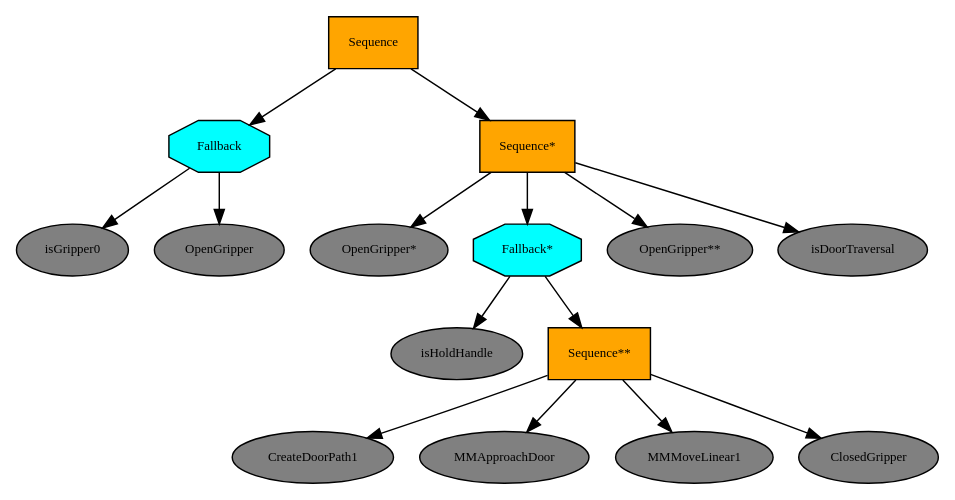
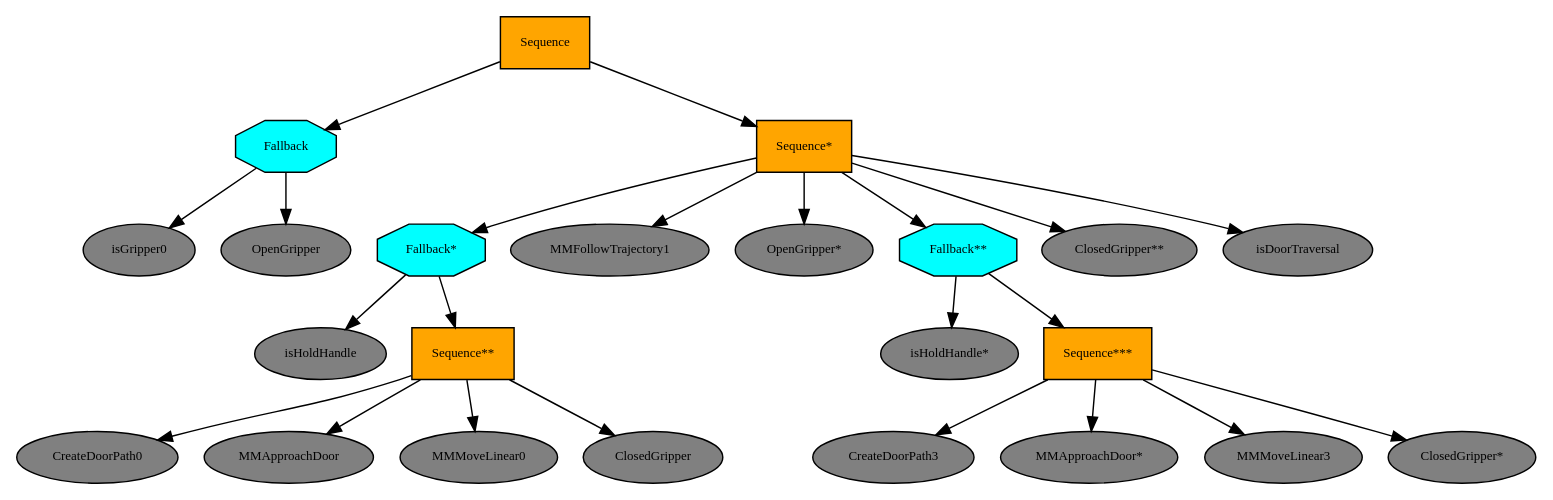
Before and after one commit to F-H-P/UsingRLtoConstructBT-SeniorThesis: the diagram in BT-RL_ws/sequence.dot, drawn with Graphviz. The commit also changed 10 other files, not shown here.

```diff
--- a/BT-RL_ws/sequence.dot
+++ b/BT-RL_ws/sequence.dot
@@ -1,35 +1,51 @@
 digraph pastafarianism {
 ordering=out;
 graph [fontname="times-roman"];
 node [fontname="times-roman"];
 edge [fontname="times-roman"];
 Sequence [fillcolor=orange, fontcolor=black, fontsize=9, label=Sequence, shape=box, style=filled];
 Fallback [fillcolor=cyan, fontcolor=black, fontsize=9, label=Fallback, shape=octagon, style=filled];
 Sequence -> Fallback;
 isGripper0 [fillcolor=gray, fontcolor=black, fontsize=9, label=isGripper0, shape=ellipse, style=filled];
 Fallback -> isGripper0;
 OpenGripper [fillcolor=gray, fontcolor=black, fontsize=9, label=OpenGripper, shape=ellipse, style=filled];
 Fallback -> OpenGripper;
 "Sequence*" [fillcolor=orange, fontcolor=black, fontsize=9, label="Sequence*", shape=box, style=filled];
 Sequence -> "Sequence*";
-"OpenGripper*" [fillcolor=gray, fontcolor=black, fontsize=9, label="OpenGripper*", shape=ellipse, style=filled];
-"Sequence*" -> "OpenGripper*";
 "Fallback*" [fillcolor=cyan, fontcolor=black, fontsize=9, label="Fallback*", shape=octagon, style=filled];
 "Sequence*" -> "Fallback*";
 isHoldHandle [fillcolor=gray, fontcolor=black, fontsize=9, label=isHoldHandle, shape=ellipse, style=filled];
 "Fallback*" -> isHoldHandle;
 "Sequence**" [fillcolor=orange, fontcolor=black, fontsize=9, label="Sequence**", shape=box, style=filled];
 "Fallback*" -> "Sequence**";
-CreateDoorPath1 [fillcolor=gray, fontcolor=black, fontsize=9, label=CreateDoorPath1, shape=ellipse, style=filled];
-"Sequence**" -> CreateDoorPath1;
+CreateDoorPath0 [fillcolor=gray, fontcolor=black, fontsize=9, label=CreateDoorPath0, shape=ellipse, style=filled];
+"Sequence**" -> CreateDoorPath0;
 MMApproachDoor [fillcolor=gray, fontcolor=black, fontsize=9, label=MMApproachDoor, shape=ellipse, style=filled];
 "Sequence**" -> MMApproachDoor;
-MMMoveLinear1 [fillcolor=gray, fontcolor=black, fontsize=9, label=MMMoveLinear1, shape=ellipse, style=filled];
-"Sequence**" -> MMMoveLinear1;
+MMMoveLinear0 [fillcolor=gray, fontcolor=black, fontsize=9, label=MMMoveLinear0, shape=ellipse, style=filled];
+"Sequence**" -> MMMoveLinear0;
 ClosedGripper [fillcolor=gray, fontcolor=black, fontsize=9, label=ClosedGripper, shape=ellipse, style=filled];
 "Sequence**" -> ClosedGripper;
-"OpenGripper**" [fillcolor=gray, fontcolor=black, fontsize=9, label="OpenGripper**", shape=ellipse, style=filled];
-"Sequence*" -> "OpenGripper**";
+MMFollowTrajectory1 [fillcolor=gray, fontcolor=black, fontsize=9, label=MMFollowTrajectory1, shape=ellipse, style=filled];
+"Sequence*" -> MMFollowTrajectory1;
+"OpenGripper*" [fillcolor=gray, fontcolor=black, fontsize=9, label="OpenGripper*", shape=ellipse, style=filled];
+"Sequence*" -> "OpenGripper*";
+"Fallback**" [fillcolor=cyan, fontcolor=black, fontsize=9, label="Fallback**", shape=octagon, style=filled];
+"Sequence*" -> "Fallback**";
+"isHoldHandle*" [fillcolor=gray, fontcolor=black, fontsize=9, label="isHoldHandle*", shape=ellipse, style=filled];
+"Fallback**" -> "isHoldHandle*";
+"Sequence***" [fillcolor=orange, fontcolor=black, fontsize=9, label="Sequence***", shape=box, style=filled];
+"Fallback**" -> "Sequence***";
+CreateDoorPath3 [fillcolor=gray, fontcolor=black, fontsize=9, label=CreateDoorPath3, shape=ellipse, style=filled];
+"Sequence***" -> CreateDoorPath3;
+"MMApproachDoor*" [fillcolor=gray, fontcolor=black, fontsize=9, label="MMApproachDoor*", shape=ellipse, style=filled];
+"Sequence***" -> "MMApproachDoor*";
+MMMoveLinear3 [fillcolor=gray, fontcolor=black, fontsize=9, label=MMMoveLinear3, shape=ellipse, style=filled];
+"Sequence***" -> MMMoveLinear3;
+"ClosedGripper*" [fillcolor=gray, fontcolor=black, fontsize=9, label="ClosedGripper*", shape=ellipse, style=filled];
+"Sequence***" -> "ClosedGripper*";
+"ClosedGripper**" [fillcolor=gray, fontcolor=black, fontsize=9, label="ClosedGripper**", shape=ellipse, style=filled];
+"Sequence*" -> "ClosedGripper**";
 isDoorTraversal [fillcolor=gray, fontcolor=black, fontsize=9, label=isDoorTraversal, shape=ellipse, style=filled];
 "Sequence*" -> isDoorTraversal;
 }
```
